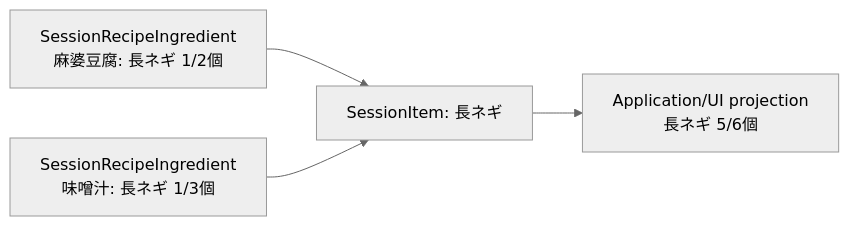
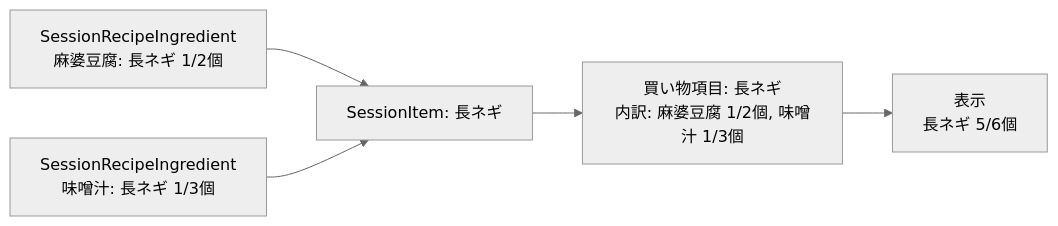
One commit to kyo1941/RecipeDeck changed the second of 3 diagrams in docs/spec.md. Above: the diagram before and after it, drawn with Mermaid (neutral theme). The commit also changed other lines of this file and 6 other files, not shown here.

````diff
--- a/docs/spec.md
+++ b/docs/spec.md
@@ -184,6 +192,7 @@
 ```mermaid
 flowchart LR
     A["SessionRecipeIngredient<br>麻婆豆腐: 長ネギ 1/2個"] --> C["SessionItem: 長ネギ"]
     B["SessionRecipeIngredient<br>味噌汁: 長ネギ 1/3個"] --> C
-    C --> D["Application/UI projection<br>長ネギ 5/6個"]
+    C --> D["買い物項目: 長ネギ<br>内訳: 麻婆豆腐 1/2個, 味噌汁 1/3個"]
+    D --> E["表示<br>長ネギ 5/6個"]
 ```
````
